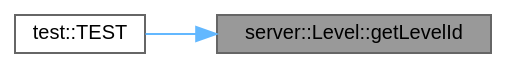
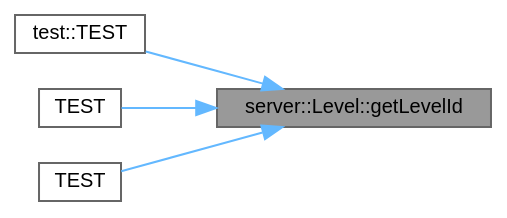
The diagram in classserver_1_1Level_ab2eb9717922f0ab21e9c36738872cb6b_icgraph.dot (Houpsi/R-Type), drawn with Graphviz before and after one commit. The commit also changed 279 other files, not shown here.

```diff
--- a/classserver_1_1Level_ab2eb9717922f0ab21e9c36738872cb6b_icgraph.dot
+++ b/classserver_1_1Level_ab2eb9717922f0ab21e9c36738872cb6b_icgraph.dot
@@ -1,11 +1,15 @@
 digraph "server::Level::getLevelId"
 {
  // LATEX_PDF_SIZE
   bgcolor="transparent";
   edge [fontname=Helvetica,fontsize=10,labelfontname=Helvetica,labelfontsize=10];
   node [fontname=Helvetica,fontsize=10,shape=box,height=0.2,width=0.4];
   rankdir="RL";
   Node1 [id="Node000001",label="server::Level::getLevelId",height=0.2,width=0.4,color="gray40", fillcolor="grey60", style="filled", fontcolor="black",tooltip=" "];
   Node1 -> Node2 [id="edge1_Node000001_Node000002",dir="back",color="steelblue1",style="solid",tooltip=" "];
   Node2 [id="Node000002",label="test::TEST",height=0.2,width=0.4,color="grey40", fillcolor="white", style="filled",URL="$namespacetest.html#a5b99aa68dff693f32ebee01b0de93265",tooltip=" "];
+  Node1 -> Node3 [id="edge2_Node000001_Node000003",dir="back",color="steelblue1",style="solid",tooltip=" "];
+  Node3 [id="Node000003",label="TEST",height=0.2,width=0.4,color="grey40", fillcolor="white", style="filled",URL="$TestLevelParser_8cpp.html#aef412ced723e2c547571acf72796d280",tooltip=" "];
+  Node1 -> Node4 [id="edge3_Node000001_Node000004",dir="back",color="steelblue1",style="solid",tooltip=" "];
+  Node4 [id="Node000004",label="TEST",height=0.2,width=0.4,color="grey40", fillcolor="white", style="filled",URL="$TestLevelParser_8cpp.html#a54364925f51554f9c68b8ae922277ae5",tooltip=" "];
 }
```
